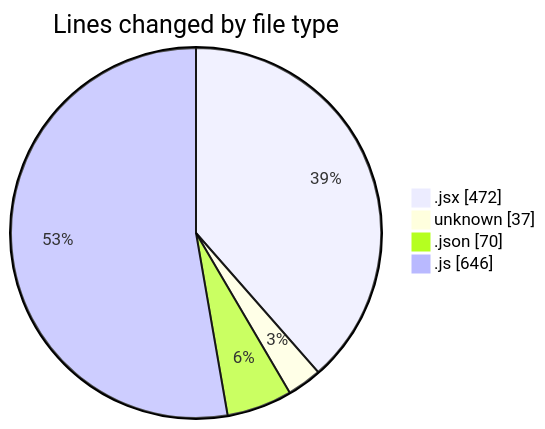
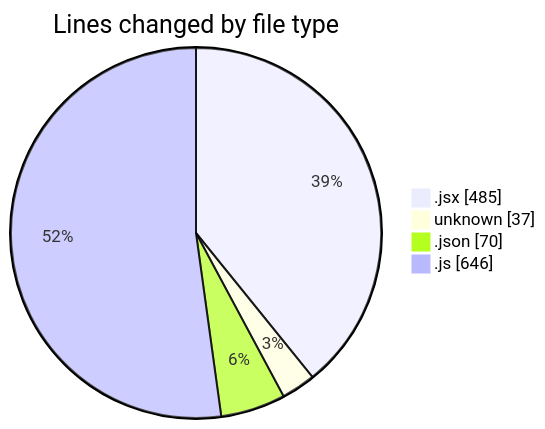
The first of 2 diagrams in 2025-02-08/react_ecom/README.md (Elitesun/code-tracking), drawn with Mermaid before and after one commit. The commit also changed other lines of this file and 1 other file, not shown here.

````diff
--- a/2025-02-08/react_ecom/README.md
+++ b/2025-02-08/react_ecom/README.md
@@ -28,8 +28,8 @@
 ```mermaid
 pie showData
 title Lines changed by file type
-".jsx" : 472
+".jsx" : 485
 "unknown" : 37
 ".json" : 70
 ".js" : 646
 ```
````
